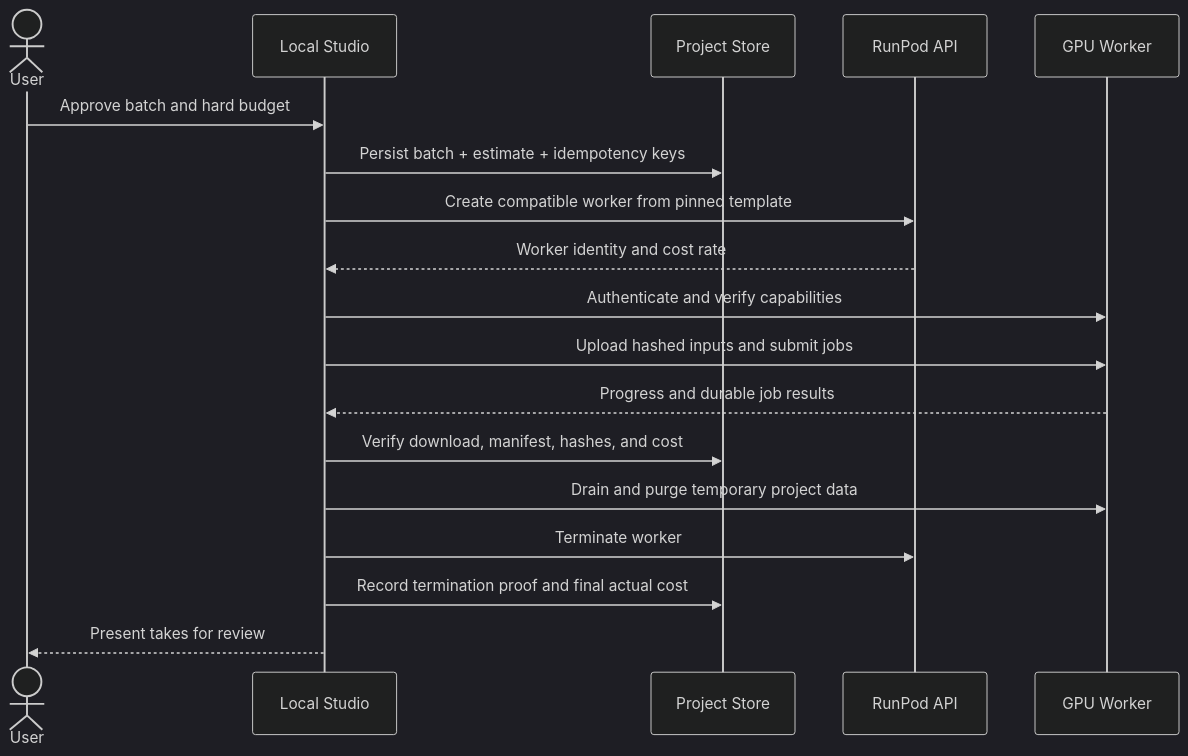
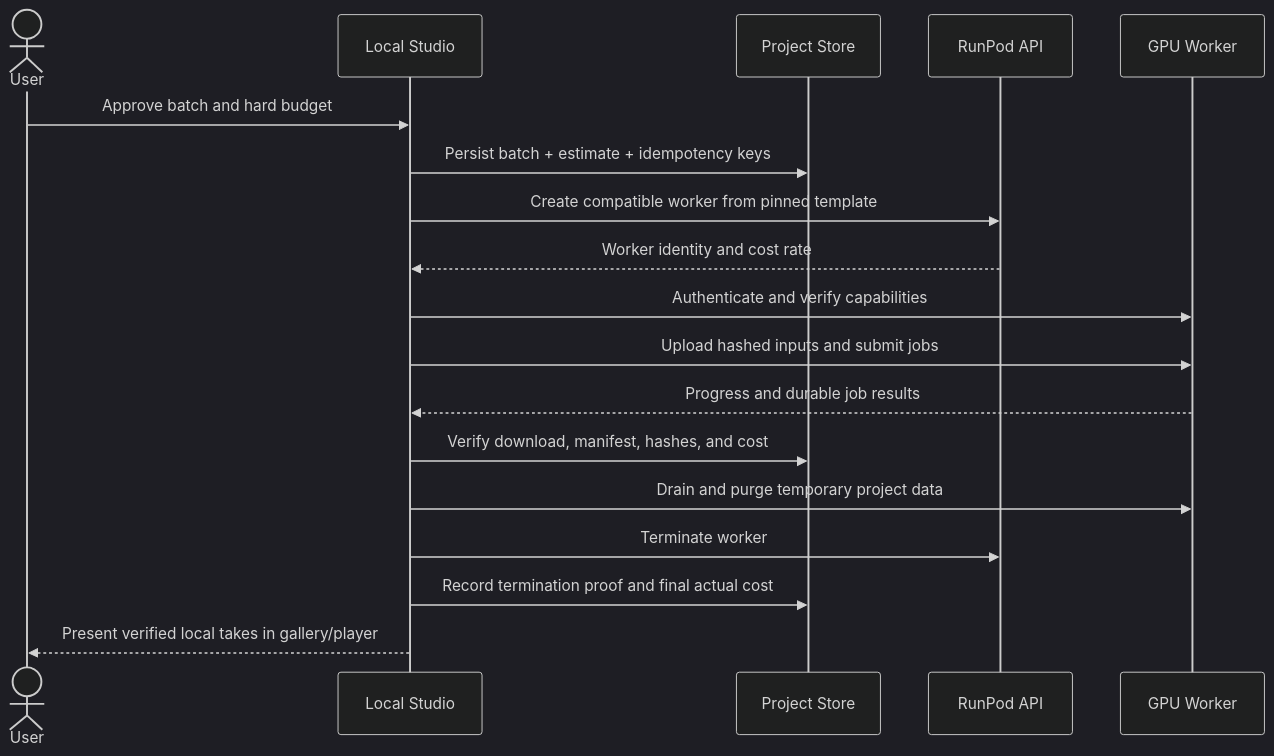
Before and after one commit to sagesta/animated-series-worker: the third of 3 diagrams in docs/ARCHITECTURE.md, drawn with Mermaid (dark theme). The commit also changed other lines of this file and 16 other files, not shown here.

````diff
--- a/docs/ARCHITECTURE.md
+++ b/docs/ARCHITECTURE.md
@@ -194,21 +235,21 @@
 ```mermaid
 sequenceDiagram
     actor User
     participant App as Local Studio
     participant DB as Project Store
     participant RP as RunPod API
     participant W as GPU Worker
 
     User->>App: Approve batch and hard budget
     App->>DB: Persist batch + estimate + idempotency keys
     App->>RP: Create compatible worker from pinned template
     RP-->>App: Worker identity and cost rate
     App->>W: Authenticate and verify capabilities
     App->>W: Upload hashed inputs and submit jobs
     W-->>App: Progress and durable job results
     App->>DB: Verify download, manifest, hashes, and cost
     App->>W: Drain and purge temporary project data
     App->>RP: Terminate worker
     App->>DB: Record termination proof and final actual cost
-    App-->>User: Present takes for review
+    App-->>User: Present verified local takes in gallery/player
 ```
````
